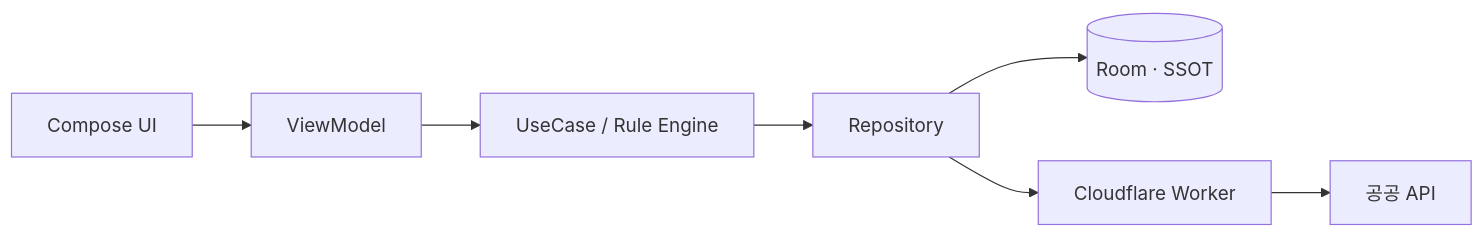
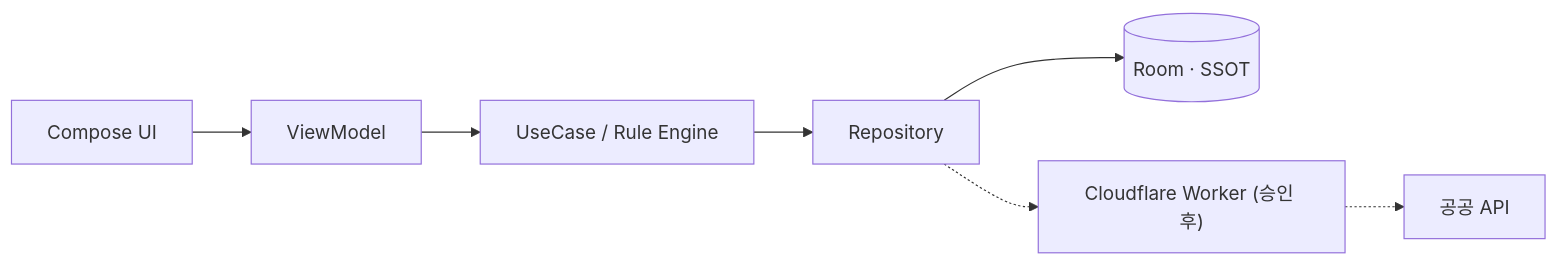
One commit to Naury74/ChaGeun changed the diagram in README.md. Above: the diagram before and after it, drawn with Mermaid. The commit also changed other lines of this file and 2 other files, not shown here.

````diff
--- a/README.md
+++ b/README.md
@@ -26,9 +26,9 @@
 ```mermaid
 flowchart LR
     UI["Compose UI"] --> VM["ViewModel"]
     VM --> UC["UseCase / Rule Engine"]
     UC --> R["Repository"]
     R --> DB[("Room · SSOT")]
-    R --> W["Cloudflare Worker"]
-    W --> P["공공 API"]
+    R -.-> W["Cloudflare Worker (승인 후)"]
+    W -.-> P["공공 API"]
 ```
````
